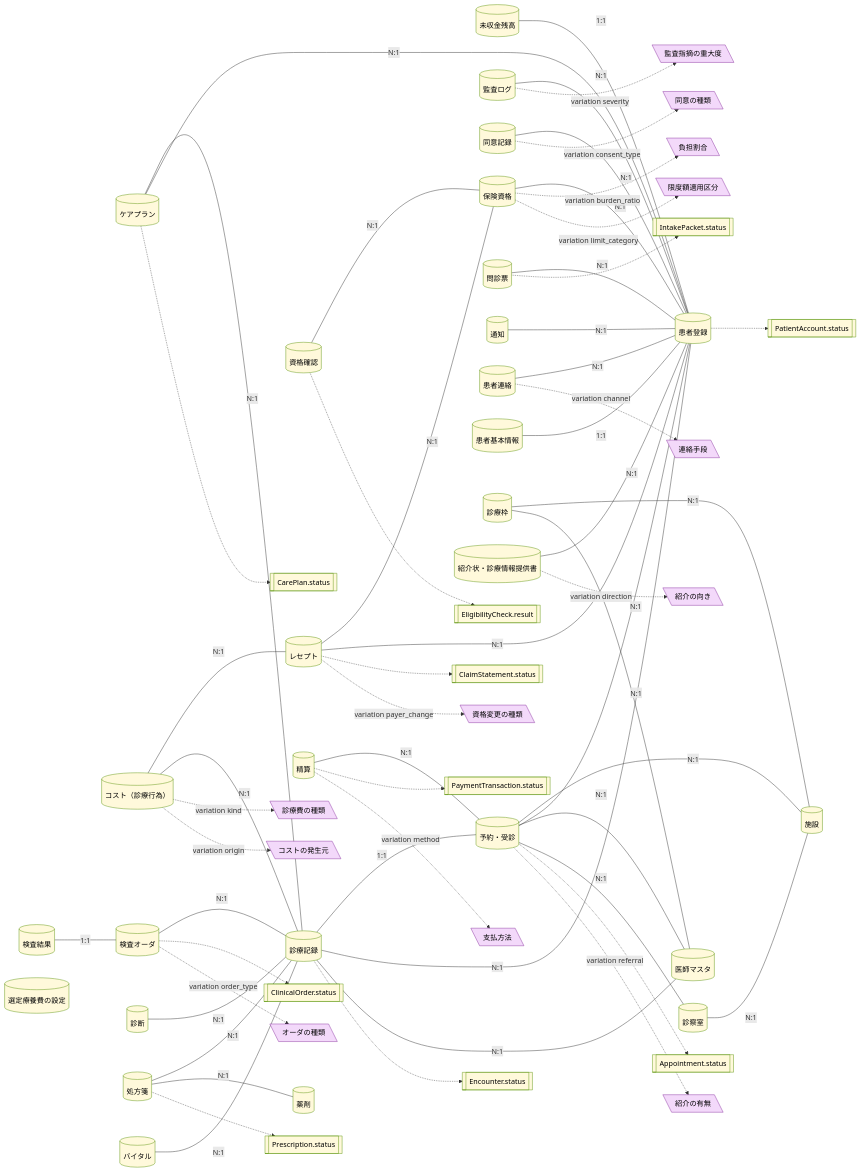
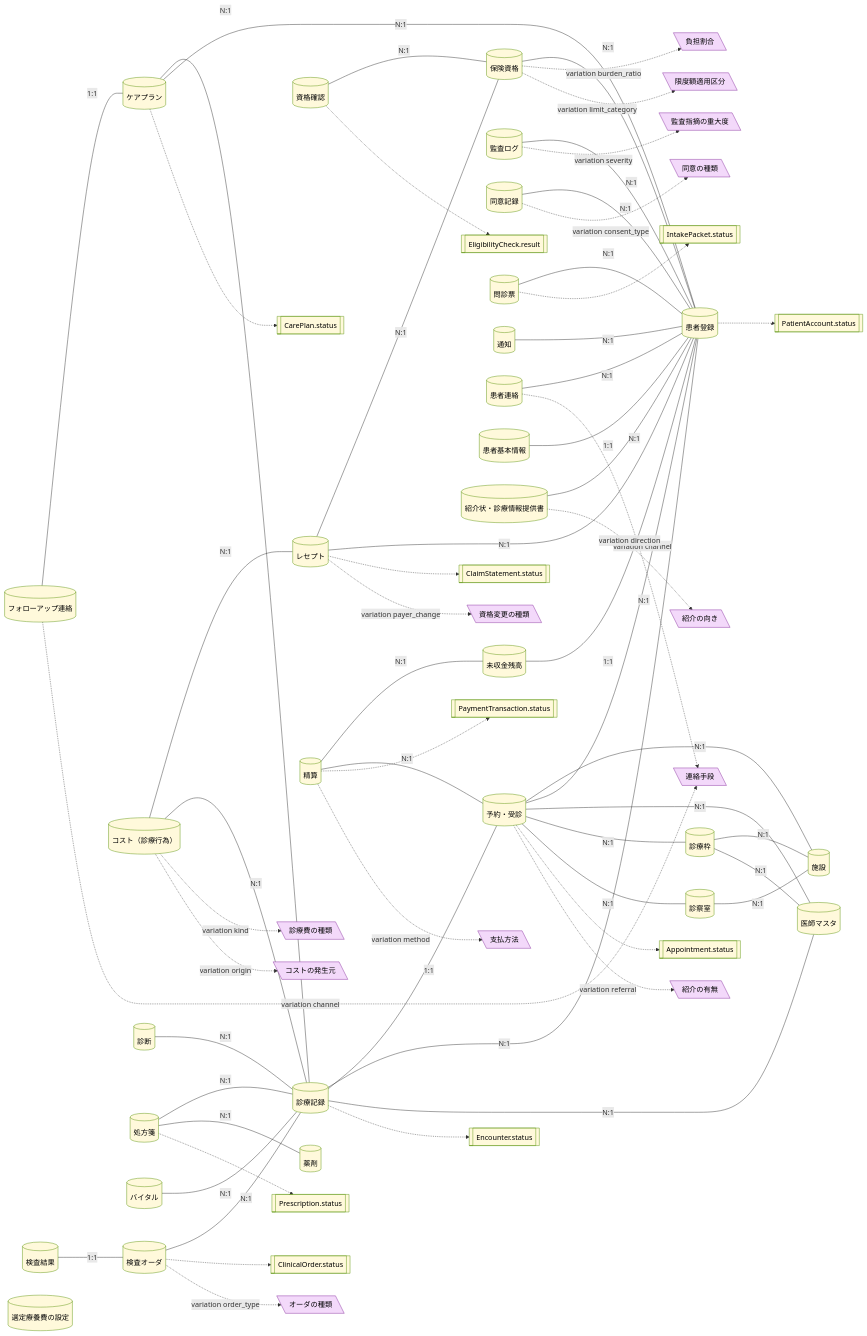
The diagram in samples/clinic-ops/out/information.mmd (manji-0/rdra-ish-dsl), drawn with Mermaid before and after one commit. The commit also changed 25 other files, not shown here.

```diff
--- a/samples/clinic-ops/out/information.mmd
+++ b/samples/clinic-ops/out/information.mmd
@@ -1,112 +1,117 @@
 %% rdra-ish diagram=information scope=whole model=samples/clinic-ops
 %% kinds: entity statemodel variation
 %% omitted: columns adr constraint usecase screen field api condition
 flowchart LR
   entity__AccountBalance[("未収金残高")]:::entity
   entity__Appointment[("予約・受診")]:::entity
   entity__AuditEvent[("監査ログ")]:::entity
   entity__CarePlan[("ケアプラン")]:::entity
   entity__Charge[("コスト（診療行為）")]:::entity
   entity__ClaimStatement[("レセプト")]:::entity
   entity__ClinicLocation[("施設")]:::entity
   entity__ClinicalOrder[("検査オーダ")]:::entity
   entity__ConsentRecord[("同意記録")]:::entity
   entity__Diagnosis[("診断")]:::entity
   entity__EligibilityCheck[("資格確認")]:::entity
   entity__Encounter[("診療記録")]:::entity
+  entity__FollowUpMessage[("フォローアップ連絡")]:::entity
   entity__InsurancePolicy[("保険資格")]:::entity
   entity__IntakePacket[("問診票")]:::entity
   entity__LabResult[("検査結果")]:::entity
   entity__Medication[("薬剤")]:::entity
   entity__Notification[("通知")]:::entity
   entity__PatientAccount[("患者登録")]:::entity
   entity__PatientMessage[("患者連絡")]:::entity
   entity__PatientProfile[("患者基本情報")]:::entity
   entity__PaymentTransaction[("精算")]:::entity
   entity__Prescription[("処方箋")]:::entity
   entity__Provider[("医師マスタ")]:::entity
   entity__ProviderSchedule[("診療枠")]:::entity
   entity__ReferralLetter[("紹介状・診療情報提供書")]:::entity
   entity__Room[("診察室")]:::entity
   entity__SelectedTreatmentFeeSetting[("選定療養費の設定")]:::entity
   entity__VitalSign[("バイタル")]:::entity
   statemodel__Appointment_status[["Appointment.status"]]:::statemodel
   statemodel__CarePlan_status[["CarePlan.status"]]:::statemodel
   statemodel__ClaimStatement_status[["ClaimStatement.status"]]:::statemodel
   statemodel__ClinicalOrder_status[["ClinicalOrder.status"]]:::statemodel
   statemodel__EligibilityCheck_result[["EligibilityCheck.result"]]:::statemodel
   statemodel__Encounter_status[["Encounter.status"]]:::statemodel
   statemodel__IntakePacket_status[["IntakePacket.status"]]:::statemodel
   statemodel__PatientAccount_status[["PatientAccount.status"]]:::statemodel
   statemodel__PaymentTransaction_status[["PaymentTransaction.status"]]:::statemodel
   statemodel__Prescription_status[["Prescription.status"]]:::statemodel
   variation__AuditSeverity[\"監査指摘の重大度"\]:::variation
   variation__BurdenRatio[\"負担割合"\]:::variation
   variation__ChargeKind[\"診療費の種類"\]:::variation
   variation__ChargeOrigin[\"コストの発生元"\]:::variation
   variation__ConsentType[\"同意の種類"\]:::variation
   variation__LimitCategory[\"限度額適用区分"\]:::variation
   variation__MessageChannel[\"連絡手段"\]:::variation
   variation__OrderType[\"オーダの種類"\]:::variation
   variation__PayerChange[\"資格変更の種類"\]:::variation
   variation__PaymentMethod[\"支払方法"\]:::variation
   variation__ReferralCategory[\"紹介の有無"\]:::variation
   variation__ReferralDirection[\"紹介の向き"\]:::variation
   entity__AccountBalance ---|1:1| entity__PatientAccount
   entity__Appointment ---|N:1| entity__ClinicLocation
   entity__Appointment ---|N:1| entity__PatientAccount
   entity__Appointment ---|N:1| entity__Provider
+  entity__Appointment ---|N:1| entity__ProviderSchedule
   entity__Appointment ---|N:1| entity__Room
   entity__Appointment -.-> statemodel__Appointment_status
   entity__Appointment -.->|variation referral| variation__ReferralCategory
   entity__AuditEvent ---|N:1| entity__PatientAccount
   entity__AuditEvent -.->|variation severity| variation__AuditSeverity
   entity__CarePlan ---|N:1| entity__Encounter
   entity__CarePlan ---|N:1| entity__PatientAccount
   entity__CarePlan -.-> statemodel__CarePlan_status
   entity__Charge ---|N:1| entity__ClaimStatement
   entity__Charge ---|N:1| entity__Encounter
   entity__Charge -.->|variation kind| variation__ChargeKind
   entity__Charge -.->|variation origin| variation__ChargeOrigin
   entity__ClaimStatement ---|N:1| entity__InsurancePolicy
   entity__ClaimStatement ---|N:1| entity__PatientAccount
   entity__ClaimStatement -.-> statemodel__ClaimStatement_status
   entity__ClaimStatement -.->|variation payer_change| variation__PayerChange
   entity__ClinicalOrder ---|N:1| entity__Encounter
   entity__ClinicalOrder -.-> statemodel__ClinicalOrder_status
   entity__ClinicalOrder -.->|variation order_type| variation__OrderType
   entity__ConsentRecord ---|N:1| entity__PatientAccount
   entity__ConsentRecord -.->|variation consent_type| variation__ConsentType
   entity__Diagnosis ---|N:1| entity__Encounter
   entity__EligibilityCheck ---|N:1| entity__InsurancePolicy
   entity__EligibilityCheck -.-> statemodel__EligibilityCheck_result
   entity__Encounter ---|1:1| entity__Appointment
   entity__Encounter ---|N:1| entity__PatientAccount
   entity__Encounter ---|N:1| entity__Provider
   entity__Encounter -.-> statemodel__Encounter_status
+  entity__FollowUpMessage ---|1:1| entity__CarePlan
+  entity__FollowUpMessage -.->|variation channel| variation__MessageChannel
   entity__InsurancePolicy ---|N:1| entity__PatientAccount
   entity__InsurancePolicy -.->|variation burden_ratio| variation__BurdenRatio
   entity__InsurancePolicy -.->|variation limit_category| variation__LimitCategory
   entity__IntakePacket ---|N:1| entity__PatientAccount
   entity__IntakePacket -.-> statemodel__IntakePacket_status
   entity__LabResult ---|1:1| entity__ClinicalOrder
   entity__Notification ---|N:1| entity__PatientAccount
   entity__PatientAccount -.-> statemodel__PatientAccount_status
   entity__PatientMessage ---|N:1| entity__PatientAccount
   entity__PatientMessage -.->|variation channel| variation__MessageChannel
   entity__PatientProfile ---|1:1| entity__PatientAccount
+  entity__PaymentTransaction ---|N:1| entity__AccountBalance
   entity__PaymentTransaction ---|N:1| entity__Appointment
   entity__PaymentTransaction -.-> statemodel__PaymentTransaction_status
   entity__PaymentTransaction -.->|variation method| variation__PaymentMethod
   entity__Prescription ---|N:1| entity__Encounter
   entity__Prescription ---|N:1| entity__Medication
   entity__Prescription -.-> statemodel__Prescription_status
   entity__ProviderSchedule ---|N:1| entity__ClinicLocation
   entity__ProviderSchedule ---|N:1| entity__Provider
   entity__ReferralLetter ---|N:1| entity__PatientAccount
   entity__ReferralLetter -.->|variation direction| variation__ReferralDirection
   entity__Room ---|N:1| entity__ClinicLocation
   entity__VitalSign ---|N:1| entity__Encounter
   classDef entity fill:#fff9db,stroke:#5c940d,color:#000;
   classDef statemodel fill:#fff9db,stroke:#5c940d,color:#000;
   classDef variation fill:#f3d9fa,stroke:#862e9c,color:#000;
```
